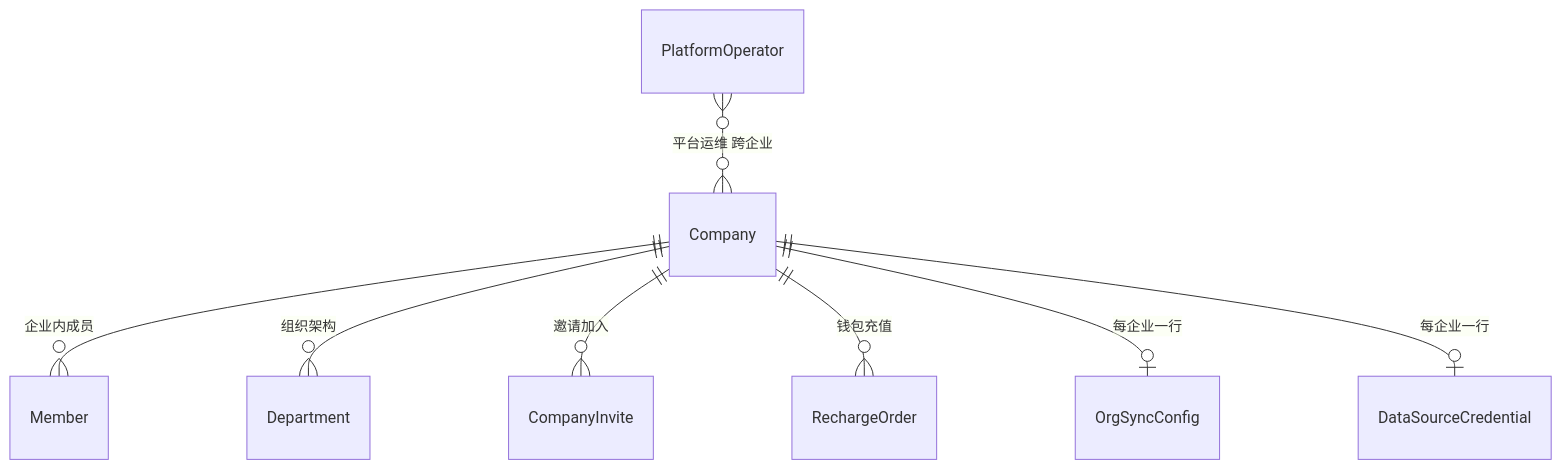
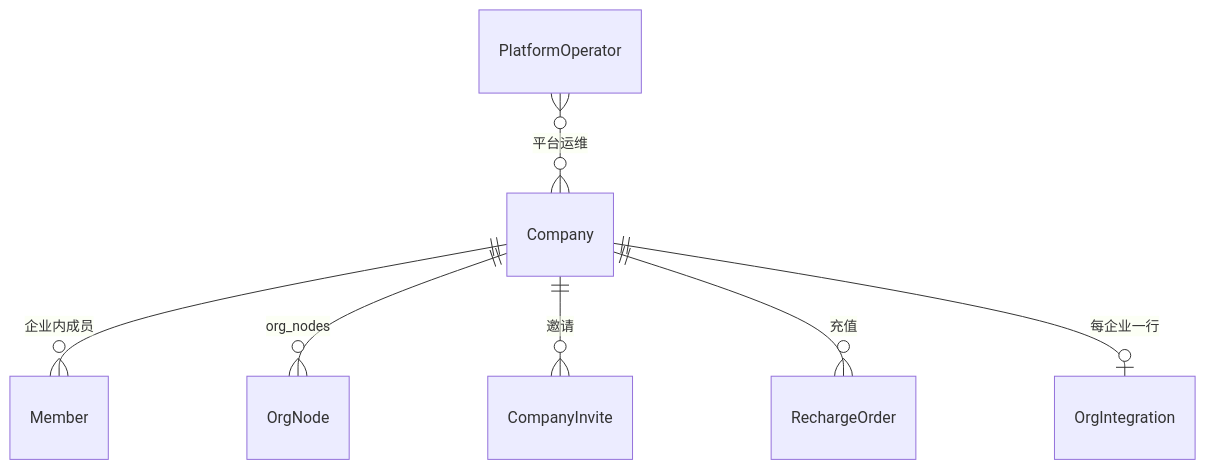
The third of 10 diagrams in docs/Backend-存储架构.md (quyip8818/mytokenjoy), drawn with Mermaid before and after one commit. The commit also changed other lines of this file and 132 other files, not shown here.

````diff
--- a/docs/Backend-存储架构.md
+++ b/docs/Backend-存储架构.md
@@ -126,10 +102,9 @@
 ```mermaid
 erDiagram
   Company ||--o{ Member : "企业内成员"
-  Company ||--o{ Department : "组织架构"
-  Company ||--o{ CompanyInvite : "邀请加入"
-  Company ||--o{ RechargeOrder : "钱包充值"
-  Company ||--o| OrgSyncConfig : "每企业一行"
-  Company ||--o| DataSourceCredential : "每企业一行"
-  PlatformOperator }o--o{ Company : "平台运维 跨企业"
+  Company ||--o{ OrgNode : "org_nodes"
+  Company ||--o{ CompanyInvite : "邀请"
+  Company ||--o{ RechargeOrder : "充值"
+  Company ||--o| OrgIntegration : "每企业一行"
+  PlatformOperator }o--o{ Company : "平台运维"
 ```
````
